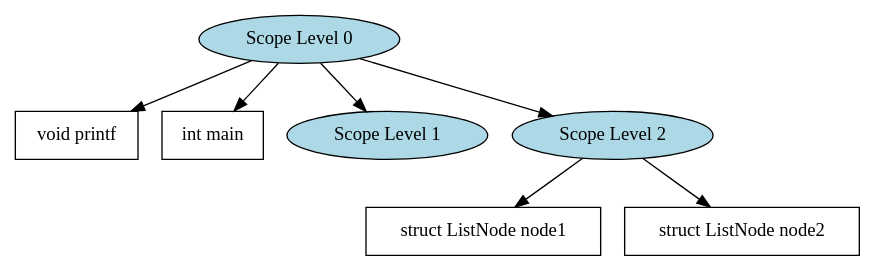
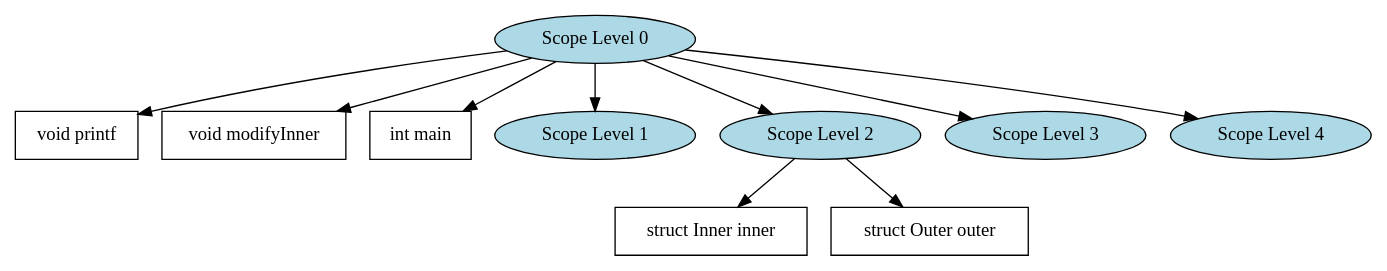
The diagram in output/in_SymbTable.dot (ArneDePeuter/UA-2024-Compiler), drawn with Graphviz before and after one commit. The commit also changed 16 other files, not shown here.

```diff
--- a/output/in_SymbTable.dot
+++ b/output/in_SymbTable.dot
@@ -1,15 +1,21 @@
 digraph SymbolTable {
   node1 [label="Scope Level 0", style=filled, fillcolor=lightblue];
   node1 -> node1_printf [color=black];
   node1_printf [label="void printf", shape=box, style=filled, fillcolor=white];
+  node1 -> node1_modifyInner [color=black];
+  node1_modifyInner [label="void modifyInner", shape=box, style=filled, fillcolor=white];
   node1 -> node1_main [color=black];
   node1_main [label="int main", shape=box, style=filled, fillcolor=white];
   node2 [label="Scope Level 1", style=filled, fillcolor=lightblue];
   node1 -> node2;
   node3 [label="Scope Level 2", style=filled, fillcolor=lightblue];
   node1 -> node3;
-  node3 -> node3_node1 [color=black];
-  node3_node1 [label="struct ListNode node1", shape=box, style=filled, fillcolor=white];
-  node3 -> node3_node2 [color=black];
-  node3_node2 [label="struct ListNode node2", shape=box, style=filled, fillcolor=white];
+  node3 -> node3_inner [color=black];
+  node3_inner [label="struct Inner inner", shape=box, style=filled, fillcolor=white];
+  node3 -> node3_outer [color=black];
+  node3_outer [label="struct Outer outer", shape=box, style=filled, fillcolor=white];
+  node4 [label="Scope Level 3", style=filled, fillcolor=lightblue];
+  node1 -> node4;
+  node5 [label="Scope Level 4", style=filled, fillcolor=lightblue];
+  node1 -> node5;
 }
```
